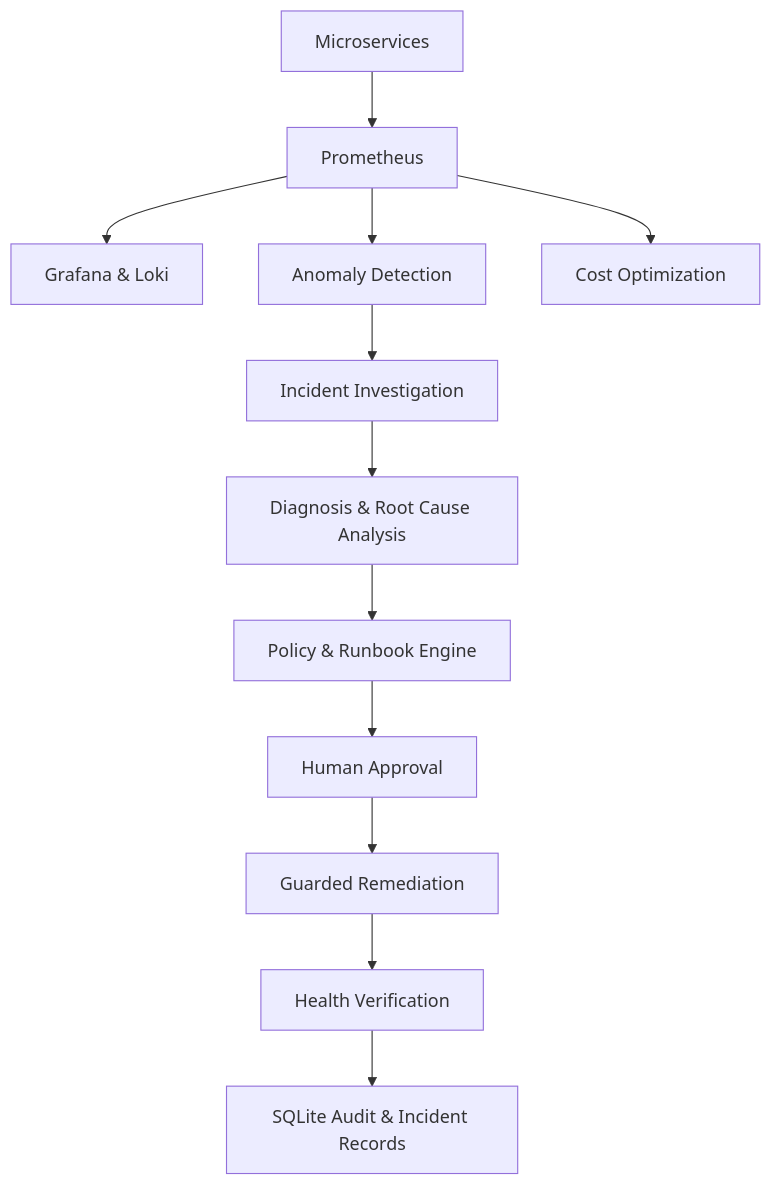
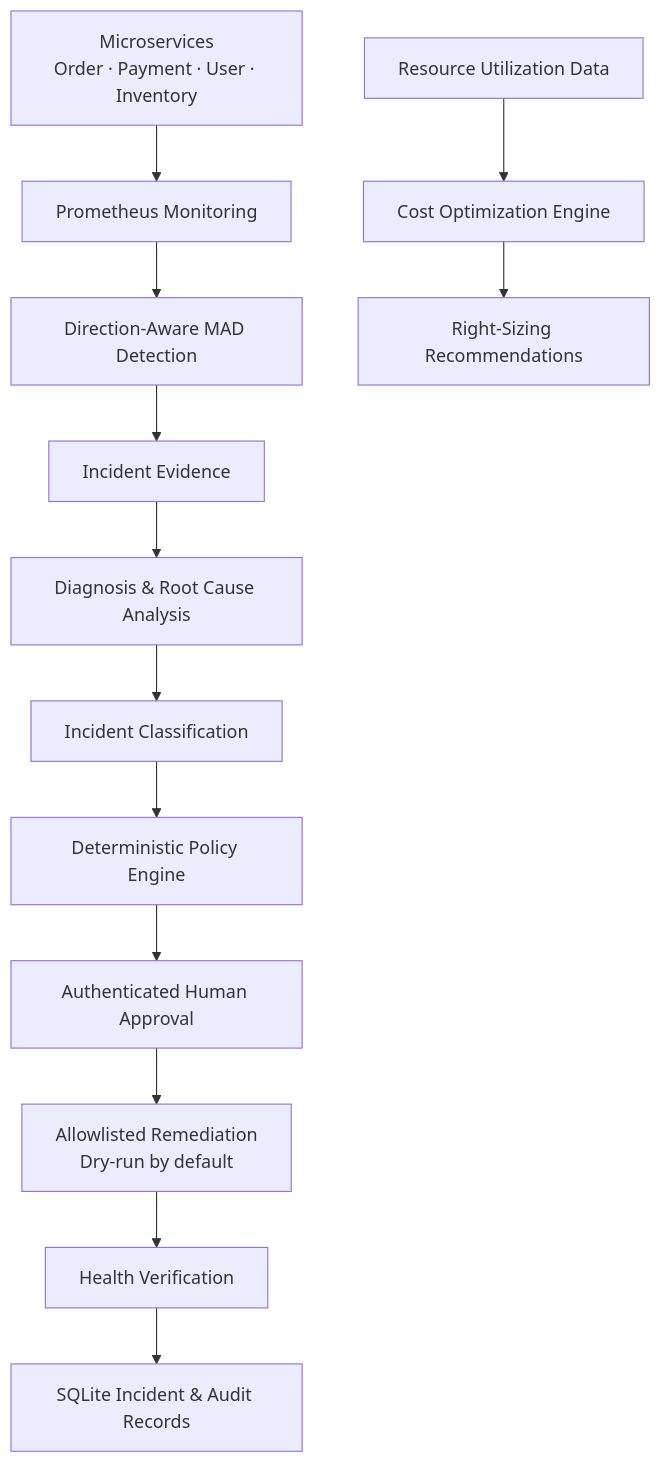
Before and after one commit to Janviswa/kybernaut: the diagram in README.md, drawn with Mermaid. The commit also changed other lines of this file, not shown here.

````diff
--- a/README.md
+++ b/README.md
@@ -14,14 +32,32 @@
 ```mermaid
 flowchart TD
-    A[Microservices] --> B[Prometheus]
-    B --> C[Grafana & Loki]
-    B --> D[Anomaly Detection]
-    D --> E[Incident Investigation]
-    E --> F[Diagnosis & Root Cause Analysis]
-    F --> G[Policy & Runbook Engine]
-    G --> H[Human Approval]
-    H --> I[Guarded Remediation]
-    I --> J[Health Verification]
-    J --> K[SQLite Audit & Incident Records]
-    B --> L[Cost Optimization]
+    A["Microservices<br/>Order · Payment · User · Inventory"]
+    B["Prometheus Monitoring"]
+    C["Direction-Aware MAD Detection"]
+    D["Incident Evidence"]
+    E["Diagnosis & Root Cause Analysis"]
+    F["Incident Classification"]
+    G["Deterministic Policy Engine"]
+    H["Authenticated Human Approval"]
+    I["Allowlisted Remediation<br/>Dry-run by default"]
+    J["Health Verification"]
+    K["SQLite Incident & Audit Records"]
+
+    L["Resource Utilization Data"]
+    M["Cost Optimization Engine"]
+    N["Right-Sizing Recommendations"]
+
+    A --> B
+    B --> C
+    C --> D
+    D --> E
+    E --> F
+    F --> G
+    G --> H
+    H --> I
+    I --> J
+    J --> K
+
+    L --> M
+    M --> N
 ```
````
